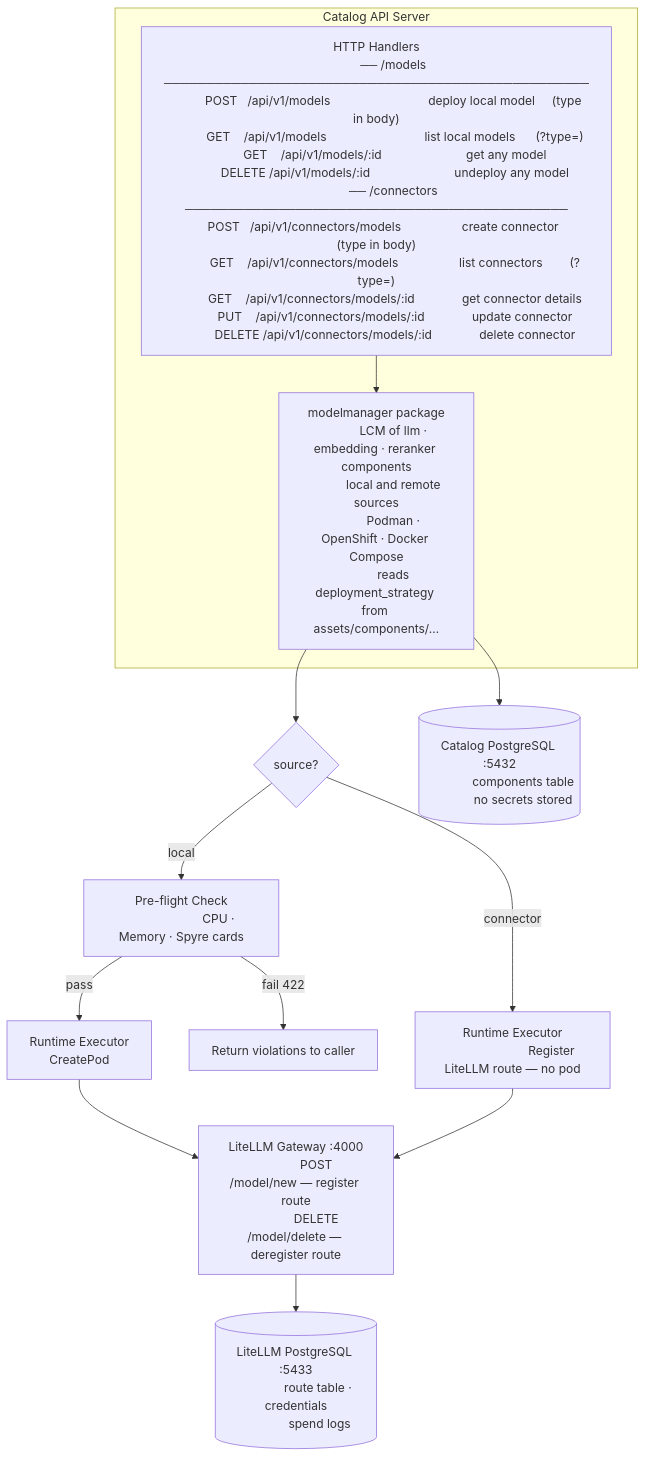
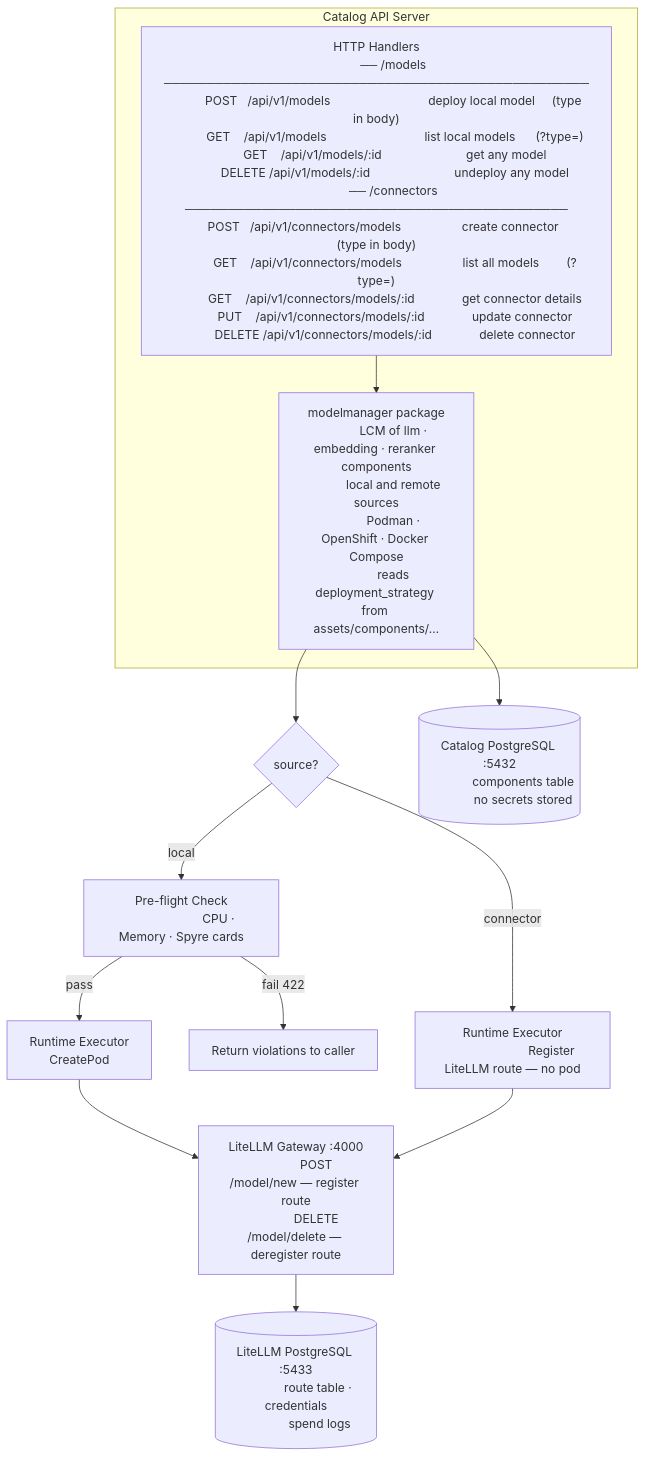
The first of 3 diagrams in docs/proposals/catalog/model-management-proposal.md (IBM/project-ai-services), drawn with Mermaid before and after one commit. The commit also changed other lines of this file and 1 other file, not shown here.

````diff
--- a/docs/proposals/catalog/model-management-proposal.md
+++ b/docs/proposals/catalog/model-management-proposal.md
@@ -104,49 +104,49 @@
 ```mermaid
 flowchart TD
     subgraph CatalogAPI["Catalog API Server"]
         A["HTTP Handlers
            ── /models ──────────────────────────────────────────────────
            POST   /api/v1/models                             deploy local model     (type in body)
            GET    /api/v1/models                             list local models      (?type=)
            GET    /api/v1/models/:id                         get any model
            DELETE /api/v1/models/:id                         undeploy any model
            ── /connectors ─────────────────────────────────────────────
            POST   /api/v1/connectors/models                  create connector       (type in body)
-           GET    /api/v1/connectors/models                  list connectors        (?type=)
+           GET    /api/v1/connectors/models                  list all models        (?type=)
            GET    /api/v1/connectors/models/:id              get connector details
            PUT    /api/v1/connectors/models/:id              update connector
            DELETE /api/v1/connectors/models/:id              delete connector"]
 
         B["modelmanager package
            LCM of llm · embedding · reranker components
            local and remote sources
            Podman · OpenShift · Docker Compose
            reads deployment_strategy from assets/components/…"]
 
         A --> B
     end
 
     B --> C{"source?"}
 
     C -->|local| D["Pre-flight Check
                        CPU · Memory · Spyre cards"]
     D -->|pass| E["Runtime Executor
                    CreatePod"]
     D -->|fail 422| F["Return violations to caller"]
 
     C -->|connector| G["Runtime Executor
                         Register LiteLLM route — no pod"]
 
     E --> H["LiteLLM Gateway :4000
              POST /model/new — register route
              DELETE /model/delete — deregister route"]
     G --> H
 
     H --> I[("LiteLLM PostgreSQL :5433
               route table · credentials
               spend logs")]
 
     B --> J[("Catalog PostgreSQL :5432
               components table
               no secrets stored")]
 ```
````
